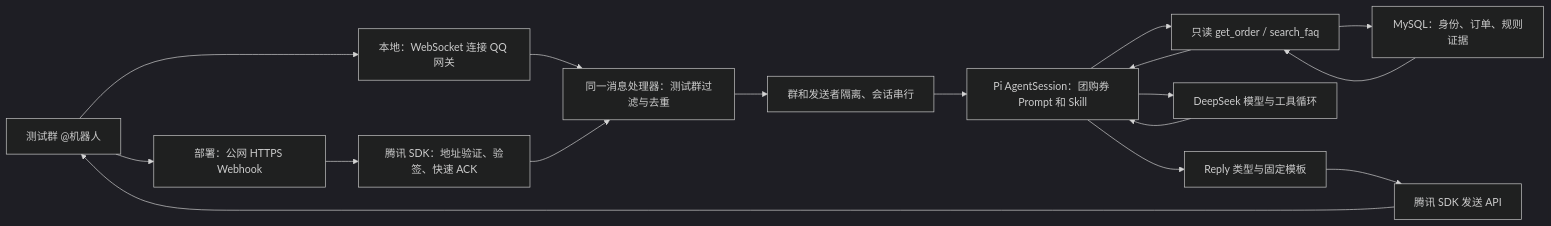
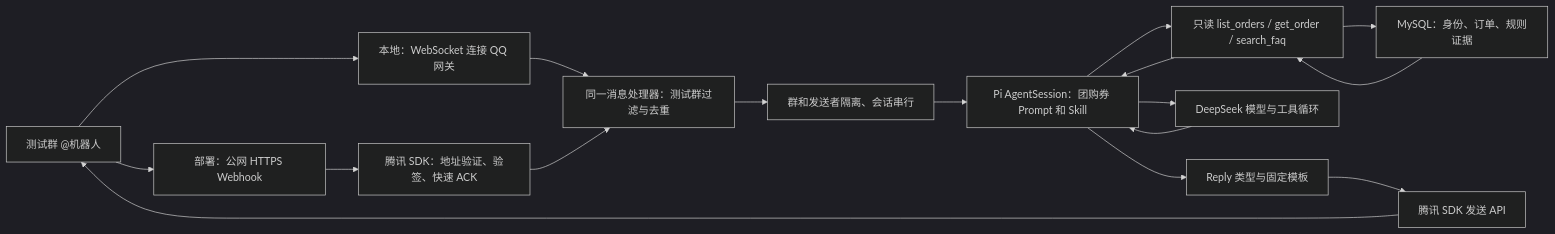
Before and after one commit to erha1499/dave-agent: the diagram in docs/qq-integration.md, drawn with Mermaid (dark theme). The commit also changed other lines of this file and 13 other files, not shown here.

````diff
--- a/docs/qq-integration.md
+++ b/docs/qq-integration.md
@@ -9,19 +9,19 @@
 ```mermaid
 flowchart LR
   Q[测试群 @机器人] --> W[部署：公网 HTTPS Webhook]
   Q --> C[本地：WebSocket 连接 QQ 网关]
   W --> S[腾讯 SDK：地址验证、验签、快速 ACK]
   C --> H[同一消息处理器：测试群过滤与去重]
   S --> H
   H --> I[群和发送者隔离、会话串行]
   I --> P[Pi AgentSession：团购券 Prompt 和 Skill]
-  P --> T[只读 get_order / search_faq]
+  P --> T[只读 list_orders / get_order / search_faq]
   T --> D[MySQL：身份、订单、规则证据]
   D --> T
   T --> P
   P --> M[DeepSeek 模型与工具循环]
   M --> P
   P --> R[Reply 类型与固定模板]
   R --> A[腾讯 SDK 发送 API]
   A --> Q
 ```
````
